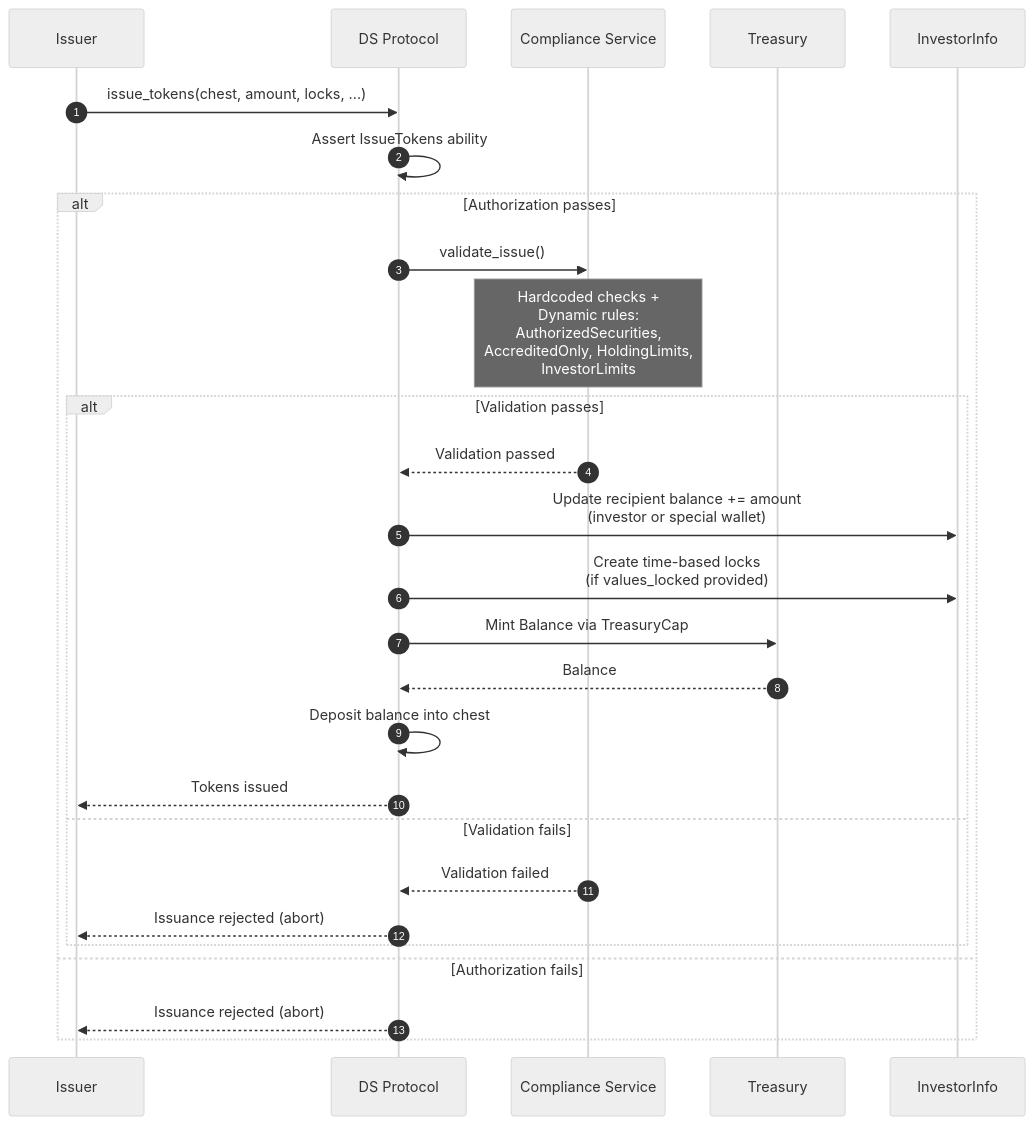
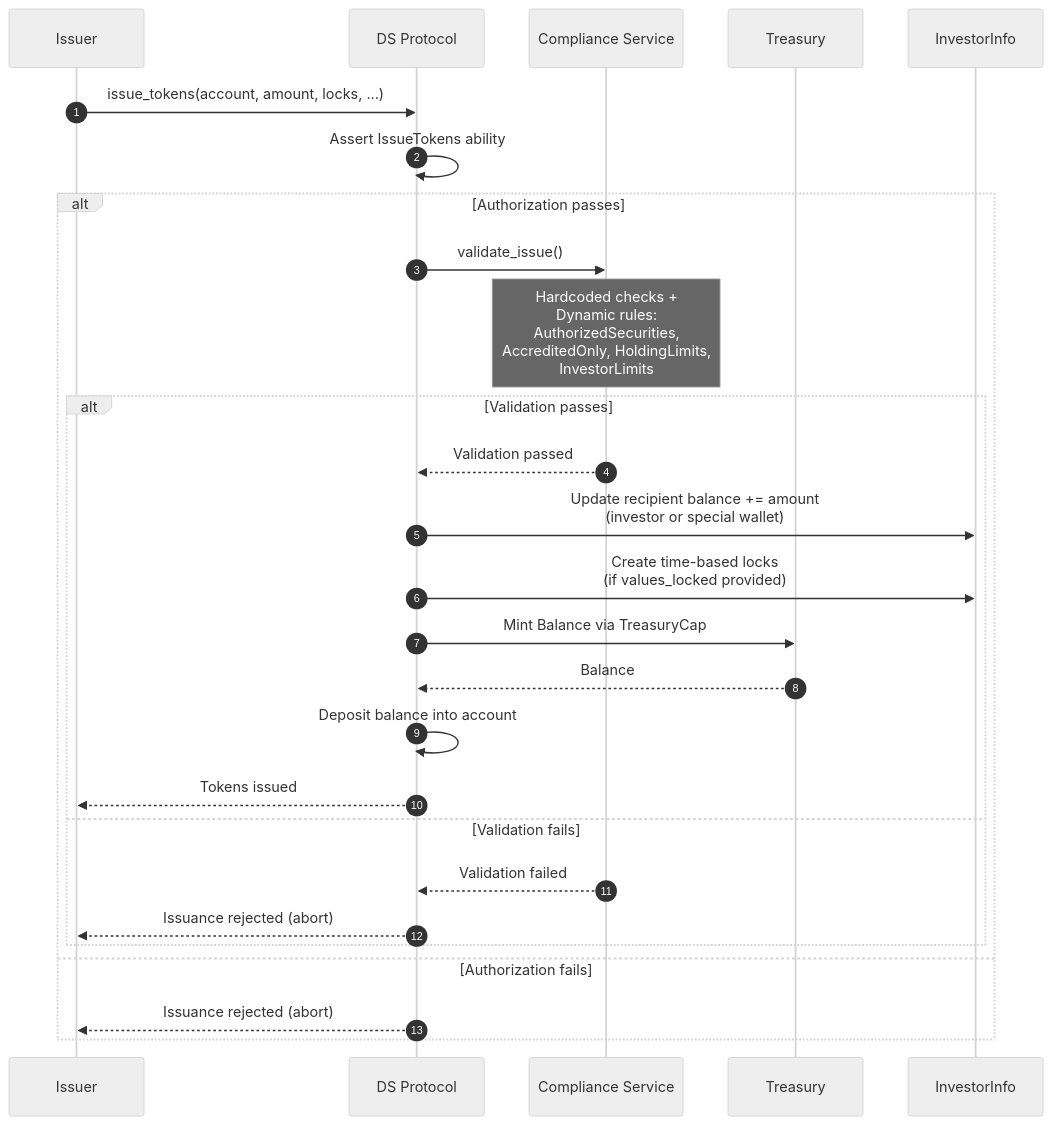
One commit to securitize-io/bc-sui-dstoken-sc changed the diagram in docs/issue-flow.md. Above: the diagram before and after it, drawn with Mermaid (neutral theme). The commit also changed other lines of this file and 15 other files, not shown here.

Commit message:
feat: rename chest to account

````diff
--- a/docs/issue-flow.md
+++ b/docs/issue-flow.md
@@ -134,39 +134,39 @@
 ```mermaid
 sequenceDiagram
     autonumber
     participant Issuer as Issuer
     participant DS as DS Protocol
     participant Compliance as Compliance Service
     participant Treasury as Treasury
     participant Registry as InvestorInfo
 
-    Issuer->>DS: issue_tokens(chest, amount, locks, ...)
+    Issuer->>DS: issue_tokens(account, amount, locks, ...)
 
     DS->>DS: Assert IssueTokens ability
 
     alt Authorization passes
         DS->>Compliance: validate_issue()
 
         Note over Compliance: Hardcoded checks +<br/>Dynamic rules:<br/>AuthorizedSecurities,<br/>AccreditedOnly, HoldingLimits,<br/>InvestorLimits
 
         alt Validation passes
             Compliance-->>DS: Validation passed
 
             DS->>Registry: Update recipient balance += amount<br/>(investor or special wallet)
 
             DS->>Registry: Create time-based locks<br/>(if values_locked provided)
 
             DS->>Treasury: Mint Balance via TreasuryCap
             Treasury-->>DS: Balance
 
-            DS->>DS: Deposit balance into chest
+            DS->>DS: Deposit balance into account
 
             DS-->>Issuer: Tokens issued
         else Validation fails
             Compliance-->>DS: Validation failed
             DS-->>Issuer: Issuance rejected (abort)
         end
     else Authorization fails
         DS-->>Issuer: Issuance rejected (abort)
     end
 ```
````
